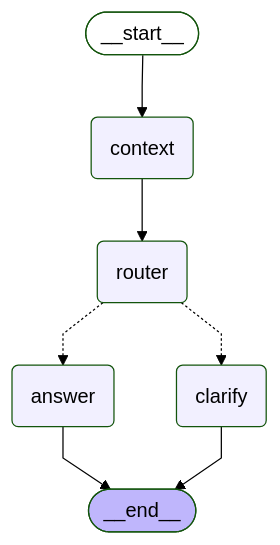
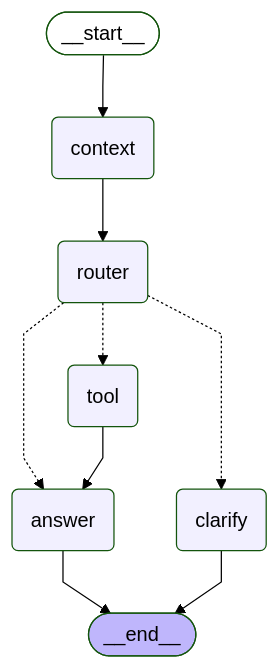
One commit to toche7/TestLangGraph changed the diagram in graph.md. Above: the diagram before and after it, drawn with Mermaid (forest theme). The commit also changed 2 other files, not shown here.

Commit message:
finish ch5

````diff
--- a/graph.md
+++ b/graph.md
@@ -3,24 +3,27 @@
 ```mermaid
 ---
 config:
   flowchart:
     curve: linear
 ---
 graph TD;
 	__start__([<p>__start__</p>]):::first
 	context(context)
 	router(router)
+	tool(tool)
 	answer(answer)
 	clarify(clarify)
 	__end__([<p>__end__</p>]):::last
 	__start__ --> context;
 	context --> router;
 	router -.-> answer;
 	router -.-> clarify;
+	router -.-> tool;
+	tool --> answer;
 	answer --> __end__;
 	clarify --> __end__;
 	classDef default fill:#f2f0ff,line-height:1.2
 	classDef first fill-opacity:0
 	classDef last fill:#bfb6fc
 
 ```
````
